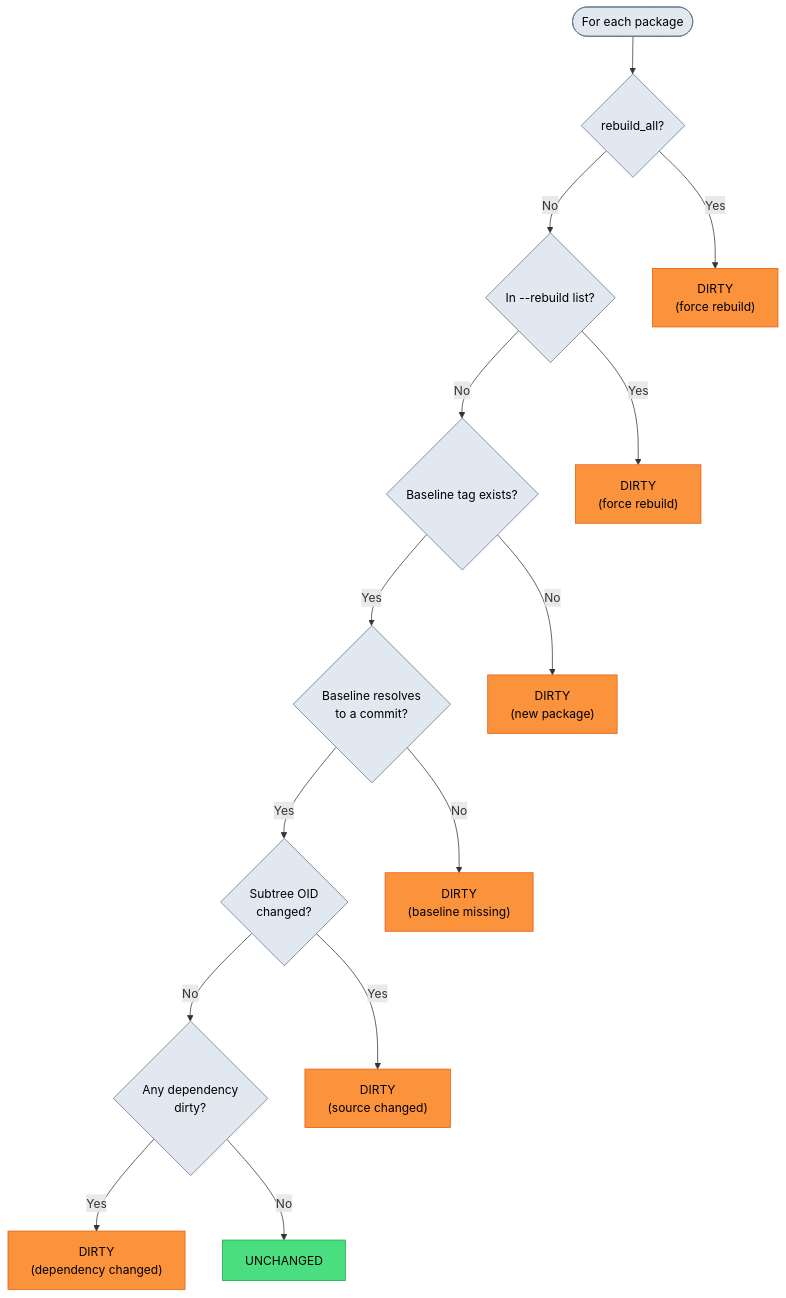
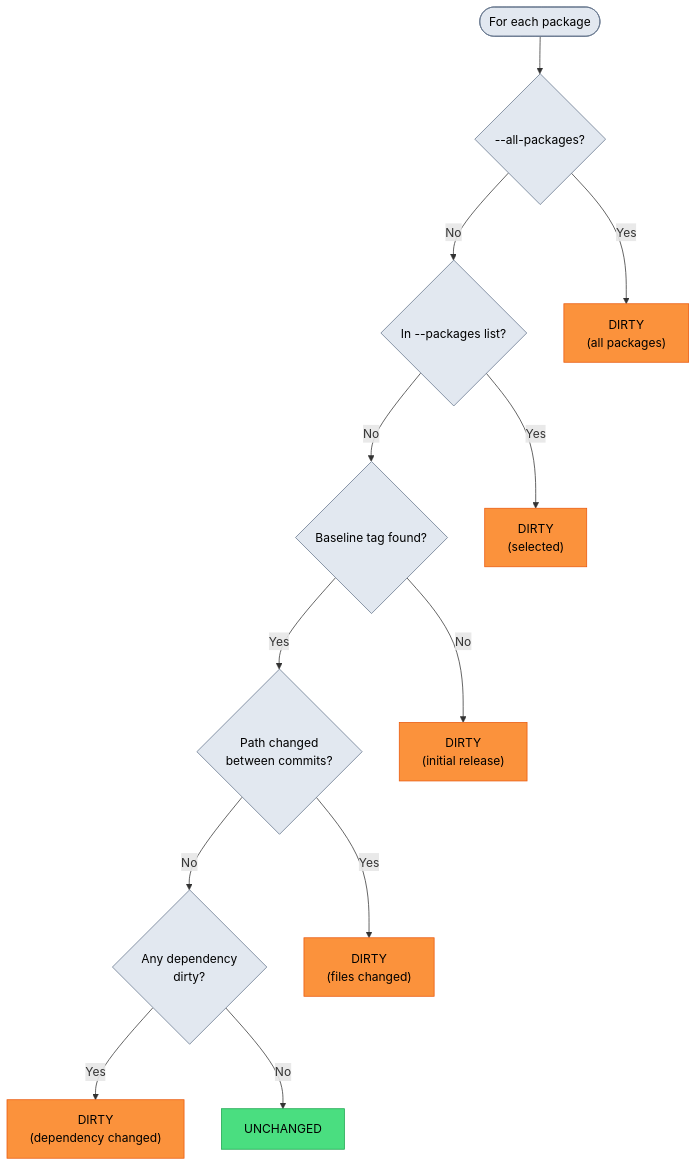
One commit to tylerpayne/uv-release-monorepo changed the fifth of 10 diagrams in docs/under-the-hood/package-states.md. Above: the diagram before and after it, drawn with Mermaid. The commit also changed other lines of this file and 57 other files, not shown here.

````diff
--- a/docs/under-the-hood/package-states.md
+++ b/docs/under-the-hood/package-states.md
@@ -238,36 +250,32 @@
 ```mermaid
 flowchart TD
     classDef dirty fill:#fb923c,stroke:#ea580c,color:#000
     classDef clean fill:#4ade80,stroke:#16a34a,color:#000
     classDef decision fill:#e2e8f0,stroke:#64748b,color:#000
 
     start(["For each package"]):::decision
-    rb{"rebuild_all?"}:::decision
-    force{"In --rebuild list?"}:::decision
-    base{"Baseline tag exists?"}:::decision
-    resolve{"Baseline resolves<br/>to a commit?"}:::decision
-    diff{"Subtree OID<br/>changed?"}:::decision
+    rb{"--all-packages?"}:::decision
+    force{"In --packages list?"}:::decision
+    base{"Baseline tag found?"}:::decision
+    diff{"Path changed<br/>between commits?"}:::decision
     dep{"Any dependency<br/>dirty?"}:::decision
 
-    dirty_all["DIRTY<br/>(force rebuild)"]:::dirty
-    dirty_force["DIRTY<br/>(force rebuild)"]:::dirty
-    dirty_new["DIRTY<br/>(new package)"]:::dirty
-    dirty_missing["DIRTY<br/>(baseline missing)"]:::dirty
-    dirty_source["DIRTY<br/>(source changed)"]:::dirty
+    dirty_all["DIRTY<br/>(all packages)"]:::dirty
+    dirty_force["DIRTY<br/>(selected)"]:::dirty
+    dirty_new["DIRTY<br/>(initial release)"]:::dirty
+    dirty_source["DIRTY<br/>(files changed)"]:::dirty
     dirty_dep["DIRTY<br/>(dependency changed)"]:::dirty
     clean_pkg["UNCHANGED"]:::clean
 
     start --> rb
     rb -->|Yes| dirty_all
     rb -->|No| force
     force -->|Yes| dirty_force
     force -->|No| base
     base -->|No| dirty_new
-    base -->|Yes| resolve
-    resolve -->|No| dirty_missing
-    resolve -->|Yes| diff
+    base -->|Yes| diff
     diff -->|Yes| dirty_source
     diff -->|No| dep
     dep -->|Yes| dirty_dep
     dep -->|No| clean_pkg
 ```
````
